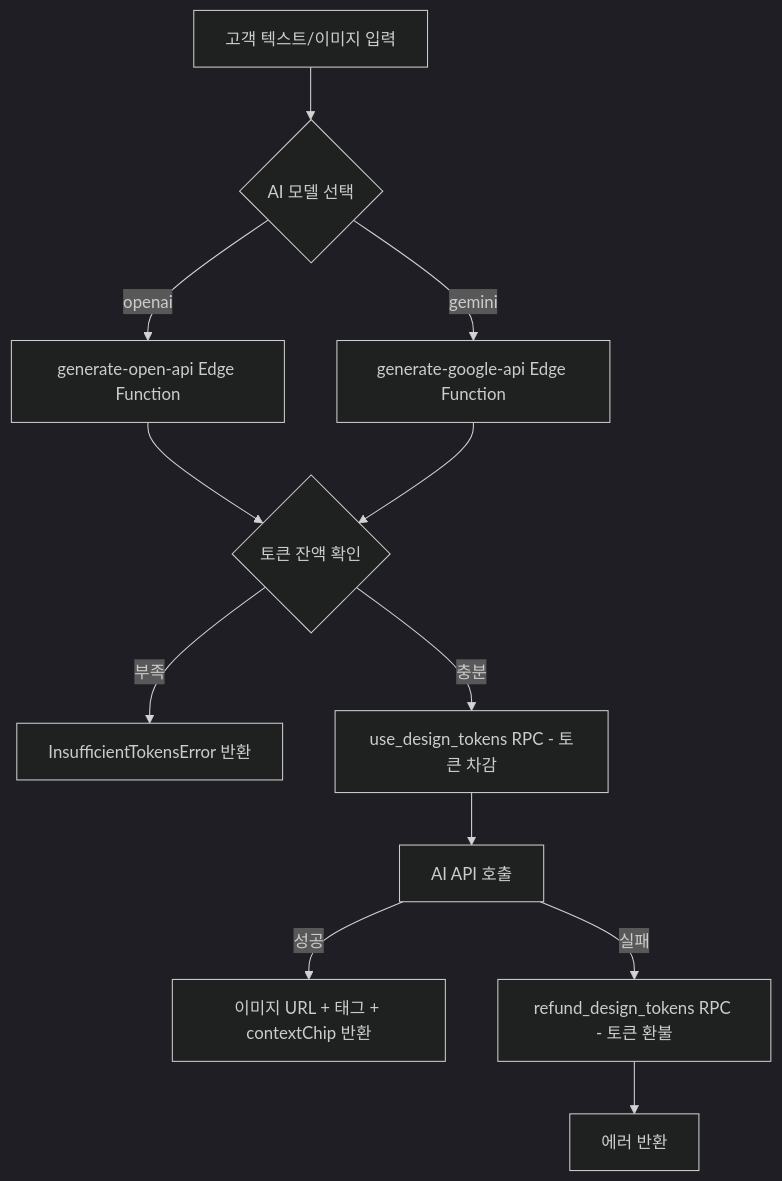
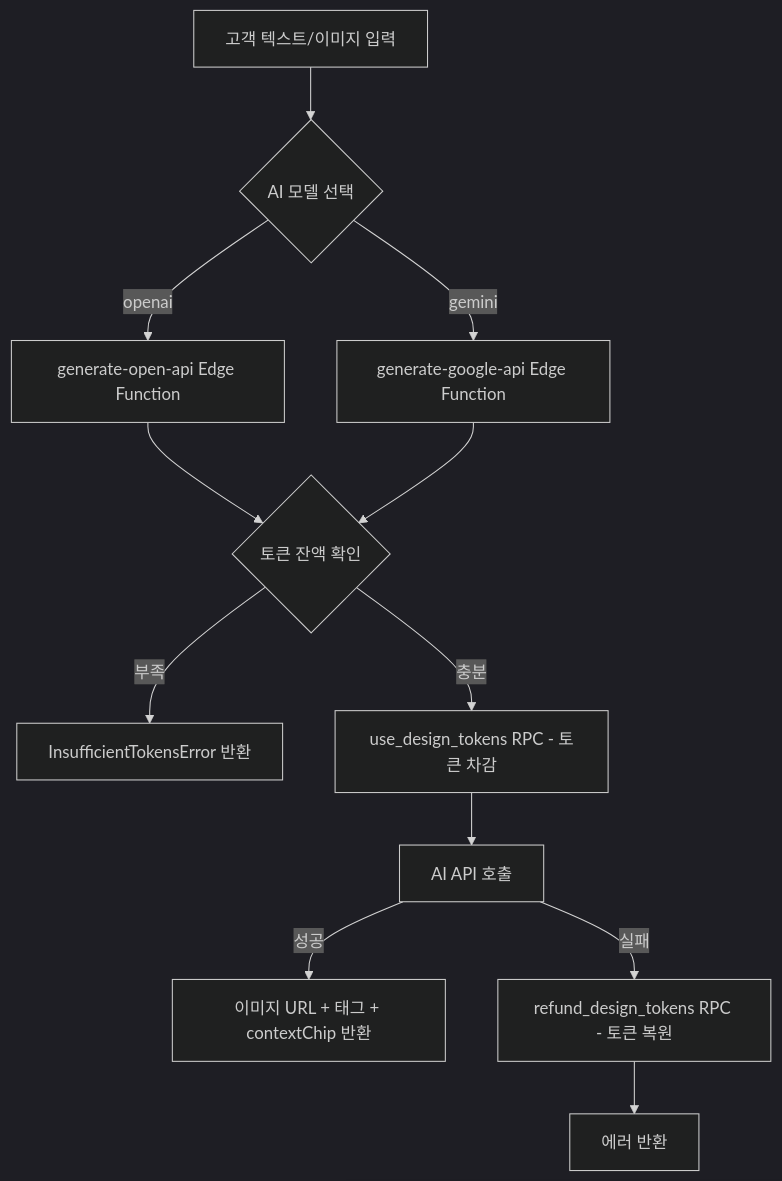
The diagram in docs/domains/design.md (Bongseop-Kim/YeongSeon), drawn with Mermaid (dark theme) before and after one commit. The commit also changed other lines of this file and 3 other files, not shown here.

````diff
--- a/docs/domains/design.md
+++ b/docs/domains/design.md
@@ -25,14 +25,14 @@
 ```mermaid
 flowchart TD
     A[고객 텍스트/이미지 입력] --> B{AI 모델 선택}
     B -->|openai| C[generate-open-api Edge Function]
     B -->|gemini| D[generate-google-api Edge Function]
     C --> E{토큰 잔액 확인}
     D --> E
     E -->|부족| F[InsufficientTokensError 반환]
     E -->|충분| G[use_design_tokens RPC - 토큰 차감]
     G --> H[AI API 호출]
     H -->|성공| I[이미지 URL + 태그 + contextChip 반환]
-    H -->|실패| J[refund_design_tokens RPC - 토큰 환불]
+    H -->|실패| J[refund_design_tokens RPC - 토큰 복원]
     J --> K[에러 반환]
 ```
````
